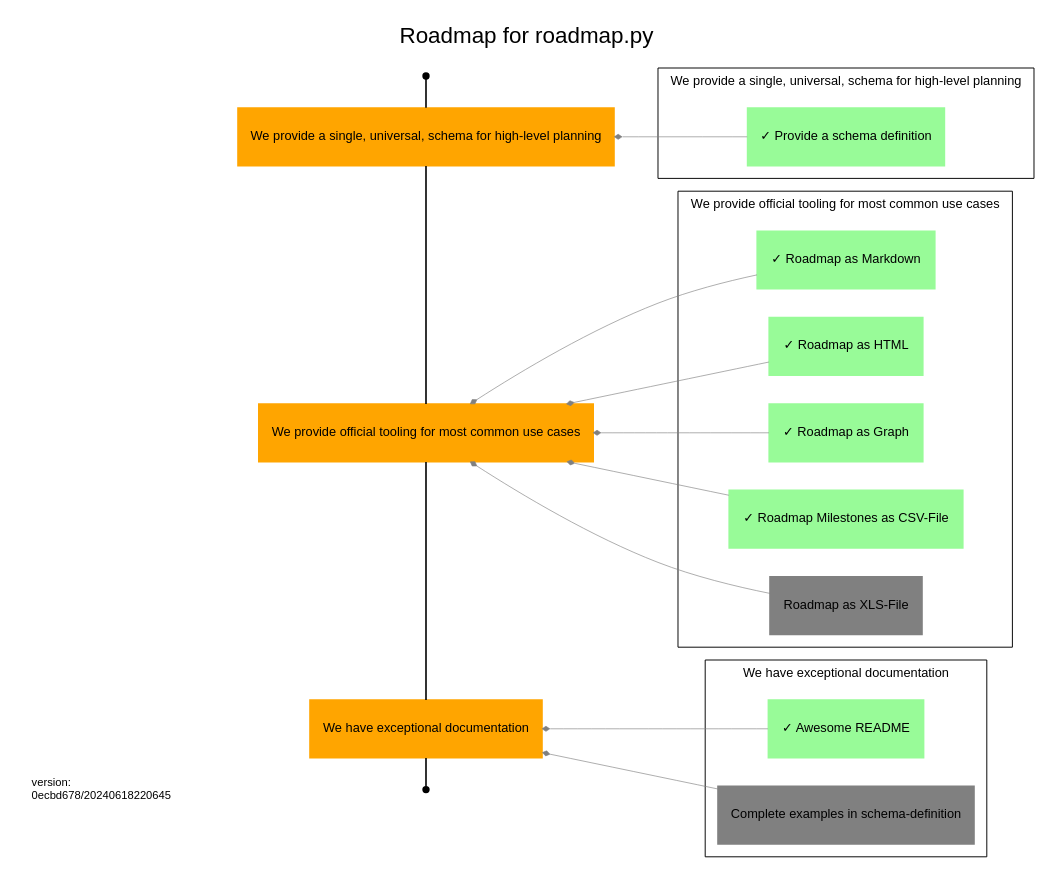
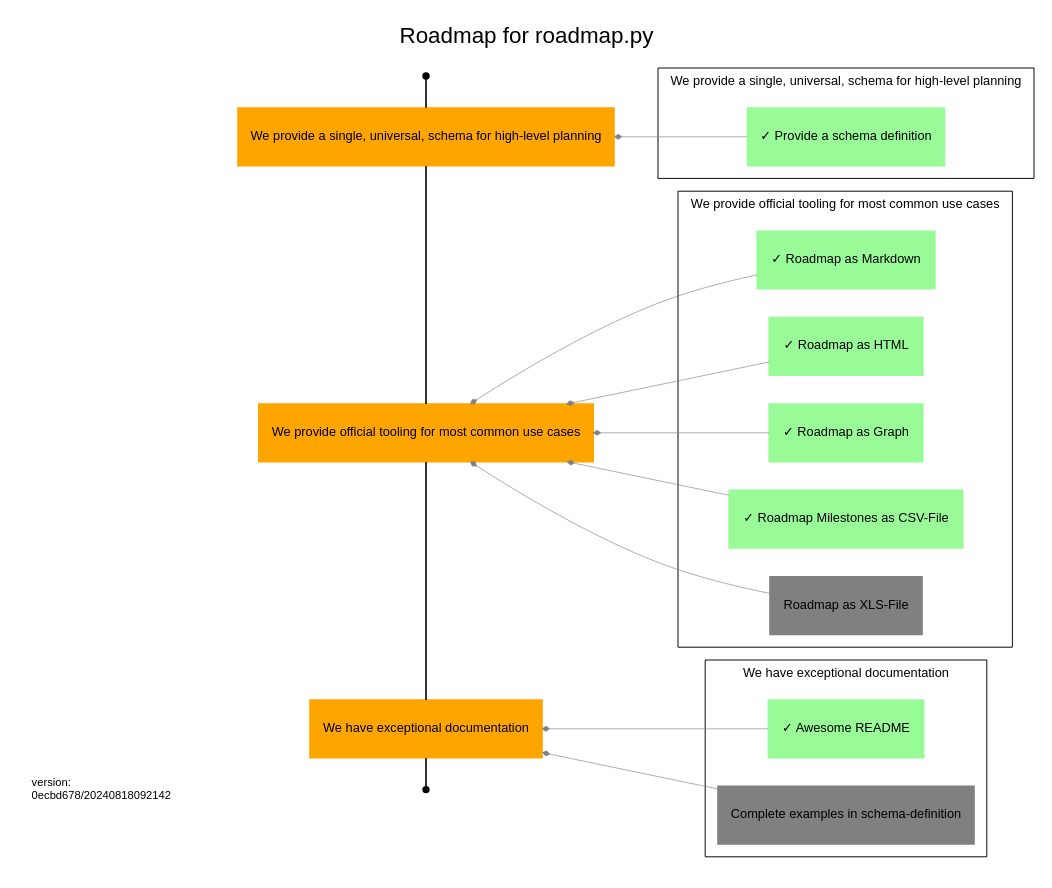
Before and after one commit to uroflavin/roadmap: the diagram in roadmap/roadmap.dot, drawn with Graphviz. The commit also changed 6 other files, not shown here.

```diff
--- a/roadmap/roadmap.dot
+++ b/roadmap/roadmap.dot
@@ -1,143 +1,143 @@
 digraph Roadmap {
   rankdir=RL;
   label="Roadmap for roadmap.py"
   tooltip="This is the planning roadmap for the [uroflavin/roadmap](https://github.com/uroflavin/roadmap) project. 
 It acts as both the plan for implementing this tool as well as a demonstration of what a roadmap might look like.
 
 One good example is this roadmap itself. 
 What to-do and what is already done to implement roadmap.py can you see in this picture.
 
 ![Roadmap Objectives and Keyresults, rendered from roadmap.yml](roadmap.dot.png)
 
 One of the things you'll immediately notice about this file is that it uses *Markdown* for formatting of text and is designed around a structured YAML schema. 
 The goal is to make this as easy as possible for humans to read and reason about, while also enabling powerful visualizations to be generated based on the content.
 ";
   fontname="Arial";
   labelloc="t";
 
   node[style="filled",shape="rectangle",color="orange",fontname="Arial",fontsize=8];
   edge[weight=1,group="milestones",arrowhead="none"];
 
   {
 	rank=same;
 
 	start[label="Start",shape="point",color="",tooltip="This is the start of your roadmap."];
     end[label="End",shape="point",color="",tooltip="This is the end of your roadmap."];
     
     
     o1 [label="We provide a single, universal, schema for high-level planning",tooltip="The goal of this project is, primarily, to provide a single schema that can be used by different teams to describe the work they are doing and their future intentions. 
 The usefulness and applicability of this schema to real-world problem domains will determine whether anything else we do here is of value.
 "];
         
             "start" -> o1;
         
     o2 [label="We provide official tooling for most common use cases",tooltip="While the goal of having a single unified schema for planning is that it enables the development of tools that automate various aspects of planning, most teams are not going to adopt this if the fundamentals aren't already solved for them. 
 This includes things like being able to visualize your road map in common formats, validating it against the schema etc.
 "];
         
             o1 -> o2;
         
     o3 [label="We have exceptional documentation",tooltip="Adoption of something intended to make planning easier is only going to be successful if it is easy to use, and a critical part of that is great documentation. 
 Our goal is that someone with no familiarity with our tooling can ramp up and have an initial road map ready for use within only a few minutes.
 "];
         
             o2 -> o3;
         
             o3 -> "end" ;
         }
   node[color="grey"];
   edge[weight=5,color="grey",penwidth=0.4,arrowsize=0.4,group="dependencies",arrowhead="diamond"];
 
   
         
         subgraph cluster_o1 {
             label="We provide a single, universal, schema for high-level planning";
             tooltip="The goal of this project is, primarily, to provide a single schema that can be used by different teams to describe the work they are doing and their future intentions. 
 The usefulness and applicability of this schema to real-world problem domains will determine whether anything else we do here is of value.
 ";
             fontsize=8;
             penwidth=0.6;
             
                 
                 
                     
                 o1_r1 [label="✓ Provide a schema definition",tooltip="Develop a schema that fulfills the main requirements of the objective",color="palegreen"];
                 o1_r1 -> o1;
             }
     
         
         subgraph cluster_o2 {
             label="We provide official tooling for most common use cases";
             tooltip="While the goal of having a single unified schema for planning is that it enables the development of tools that automate various aspects of planning, most teams are not going to adopt this if the fundamentals aren't already solved for them. 
 This includes things like being able to visualize your road map in common formats, validating it against the schema etc.
 ";
             fontsize=8;
             penwidth=0.6;
             
                 
                 
                     
                 o2_r1 [label="✓ Roadmap as Markdown",tooltip="We should be able to generate some markdown out of roadmap.yml
 ",color="palegreen"];
                 o2_r1 -> o2;
             
                 
                 
                     
                 o2_r2 [label="✓ Roadmap as HTML",tooltip="We should be able to generate some html out of roadmap.yml
 ",color="palegreen"];
                 o2_r2 -> o2;
             
                 
                 
                     
                 o2_r3 [label="✓ Roadmap as Graph",tooltip="We should be able to generate some dot out of roadmap.yml
 ",color="palegreen"];
                 o2_r3 -> o2;
             
                 
                 
                     
                 o2_r4 [label="✓ Roadmap Milestones as CSV-File",tooltip="Excel is THE projectmanagement tool. 
 To render some progress in your favorite tool ;-) we should be able to generate some csv out of roadmap.yml-milestone and deliverables.
 CSV is limited capable for exporting everything, so this would be a good first step towards Roadmap als XLS-File.
 ",color="palegreen"];
                 o2_r4 -> o2;
             
                 
                 
                     
                 o2_r5 [label="Roadmap as XLS-File",tooltip="We should be able to generate some xls out of roadmap.yml
 ",color="grey"];
                 o2_r5 -> o2;
             }
     
         
         subgraph cluster_o3 {
             label="We have exceptional documentation";
             tooltip="Adoption of something intended to make planning easier is only going to be successful if it is easy to use, and a critical part of that is great documentation. 
 Our goal is that someone with no familiarity with our tooling can ramp up and have an initial road map ready for use within only a few minutes.
 ";
             fontsize=8;
             penwidth=0.6;
             
                 
                 
                     
                 o3_r1 [label="✓ Awesome README",tooltip="We need to complete our README explaining the purpose of this project and giving some basic examples of its use.
 ",color="palegreen"];
                 o3_r1 -> o3;
             
                 
                 
                     
                 o3_r2 [label="Complete examples in schema-definition",tooltip="Complete the examples so that every user of the schema is able to find suitable examples for their specific use cases",color="grey"];
                 o3_r2 -> o3;
             }
     subgraph footer {
                 {
                     rank="sink"; 
-                    footer [fontsize=7 shape="box" color="white" label="version:\l0ecbd678/20240618220645\l"];
+                    footer [fontsize=7 shape="box" color="white" label="version:\l0ecbd678/20240818092142\l"];
                 }
             }
 }
```
